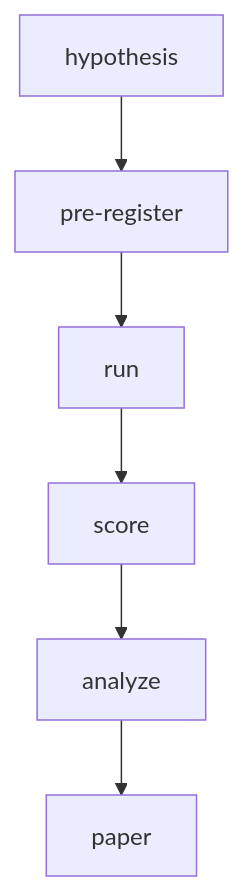
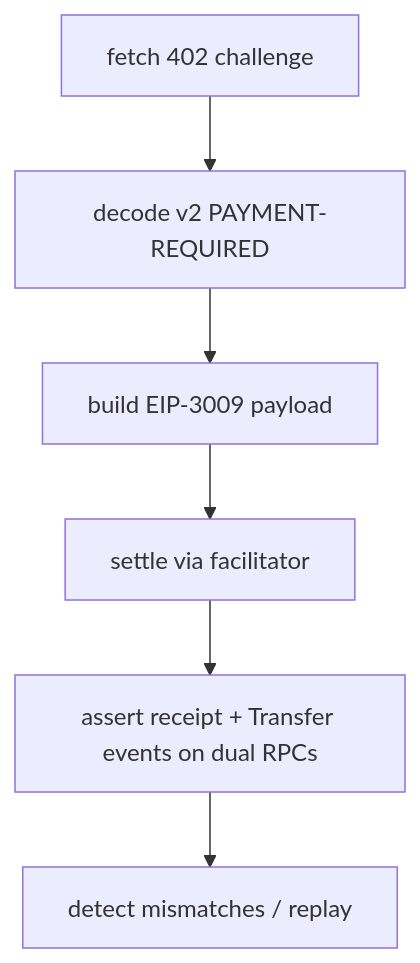
The diagram in README.md (clouatre-labs/x402-buyer-verification), drawn with Mermaid before and after one commit. The commit also changed other lines of this file and 7 other files, not shown here.

````diff
--- a/README.md
+++ b/README.md
@@ -12,8 +34,8 @@
 ```mermaid
 graph TD
-    A[hypothesis] --> B[pre-register]
-    B --> C[run]
-    C --> D[score]
-    D --> E[analyze]
-    E --> F[paper]
+    A[fetch 402 challenge] --> B[decode v2 PAYMENT-REQUIRED]
+    B --> C[build EIP-3009 payload]
+    C --> D[settle via facilitator]
+    D --> E[assert receipt + Transfer events on dual RPCs]
+    E --> F[detect mismatches / replay]
 ```
````
